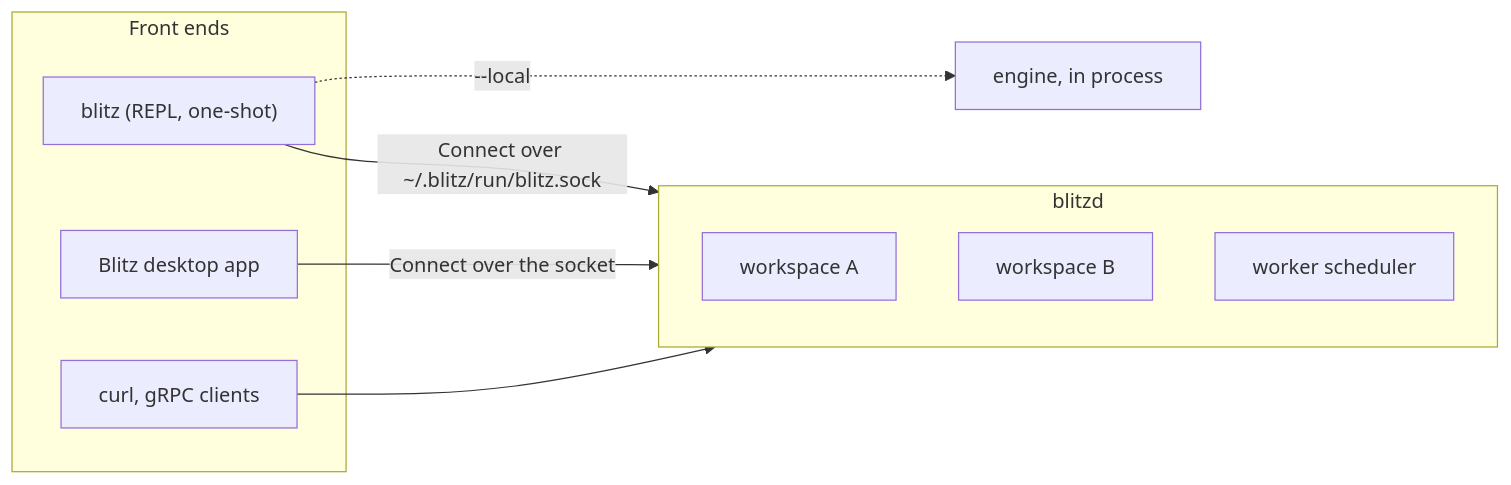
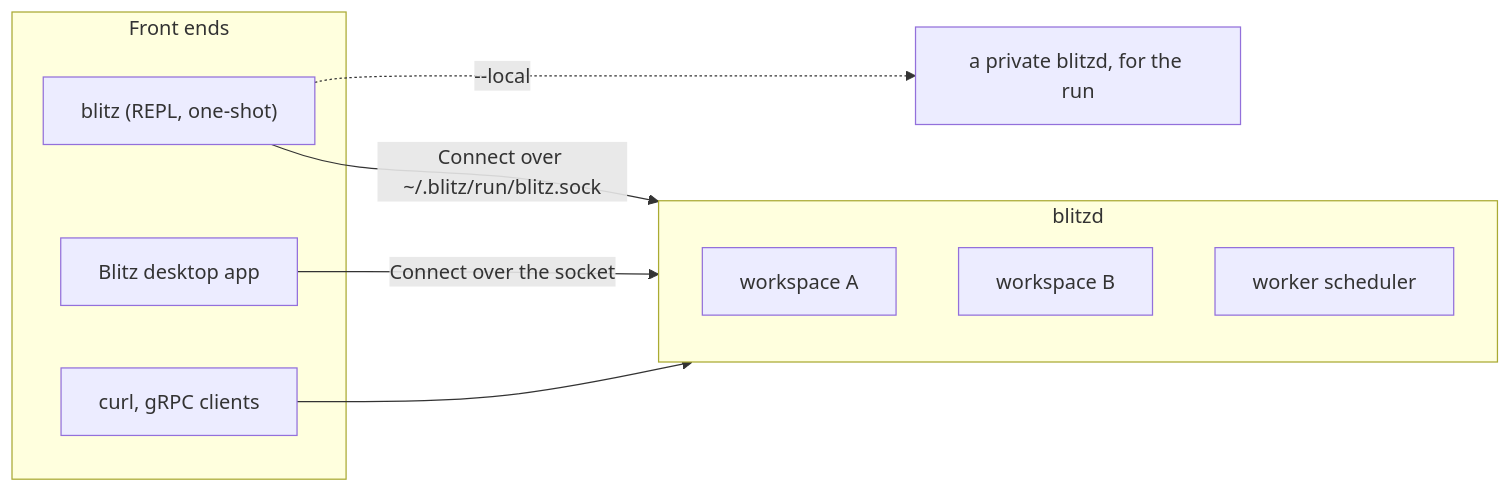
The diagram in docs/content/products/_index.md (retail-cortex/blitz), drawn with Mermaid before and after one commit. The commit also changed other lines of this file and 137 other files, not shown here.

````diff
--- a/docs/content/products/_index.md
+++ b/docs/content/products/_index.md
@@ -14,17 +14,17 @@
 ```mermaid
 flowchart LR
     subgraph clients[Front ends]
         CLI["blitz (REPL, one-shot)"]
         Desk["Blitz desktop app"]
         Other["curl, gRPC clients"]
     end
     CLI -- "Connect over ~/.blitz/run/blitz.sock" --> D
     Desk -- "Connect over the socket" --> D
     Other --> D
-    CLI -. "--local" .-> E2["engine, in process"]
+    CLI -. "--local" .-> E2["a private blitzd, for the run"]
     subgraph D["blitzd"]
         W1["workspace A"]
         W2["workspace B"]
         S["worker scheduler"]
     end
 ```
````
